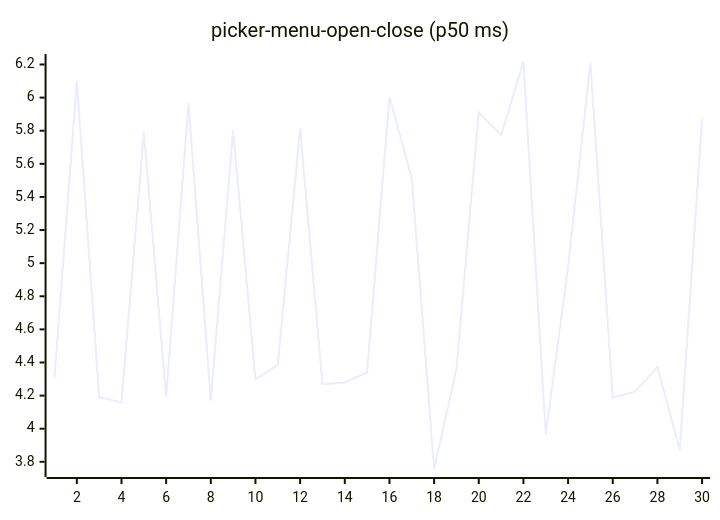
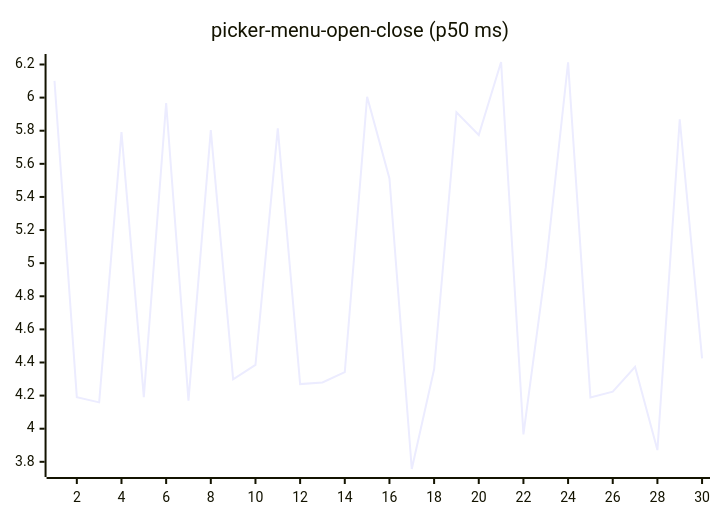
Before and after one commit to josha/Facet: diagram 16 of 27 in README.md, drawn with Mermaid. The commit also changed other lines of this file and 2 other files, not shown here.

````diff
--- a/README.md
+++ b/README.md
@@ -168,6 +168,6 @@
 ```mermaid
 xychart-beta
     title "picker-menu-open-close (p50 ms)"
     x-axis 1 --> 30
-    line [4.3066, 6.1012, 4.1897, 4.1591, 5.7919, 4.1912, 5.9674, 4.1698, 5.8037, 4.2981, 4.3851, 5.8139, 4.2694, 4.2792, 4.3416, 6.0052, 5.5122, 3.7566, 4.3593, 5.9114, 5.7740, 6.2151, 3.9652, 4.9760, 6.2132, 4.1891, 4.2236, 4.3733, 3.8708, 5.8694]
+    line [6.1012, 4.1897, 4.1591, 5.7919, 4.1912, 5.9674, 4.1698, 5.8037, 4.2981, 4.3851, 5.8139, 4.2694, 4.2792, 4.3416, 6.0052, 5.5122, 3.7566, 4.3593, 5.9114, 5.7740, 6.2151, 3.9652, 4.9760, 6.2132, 4.1891, 4.2236, 4.3733, 3.8708, 5.8694, 4.4248]
 ```
````
